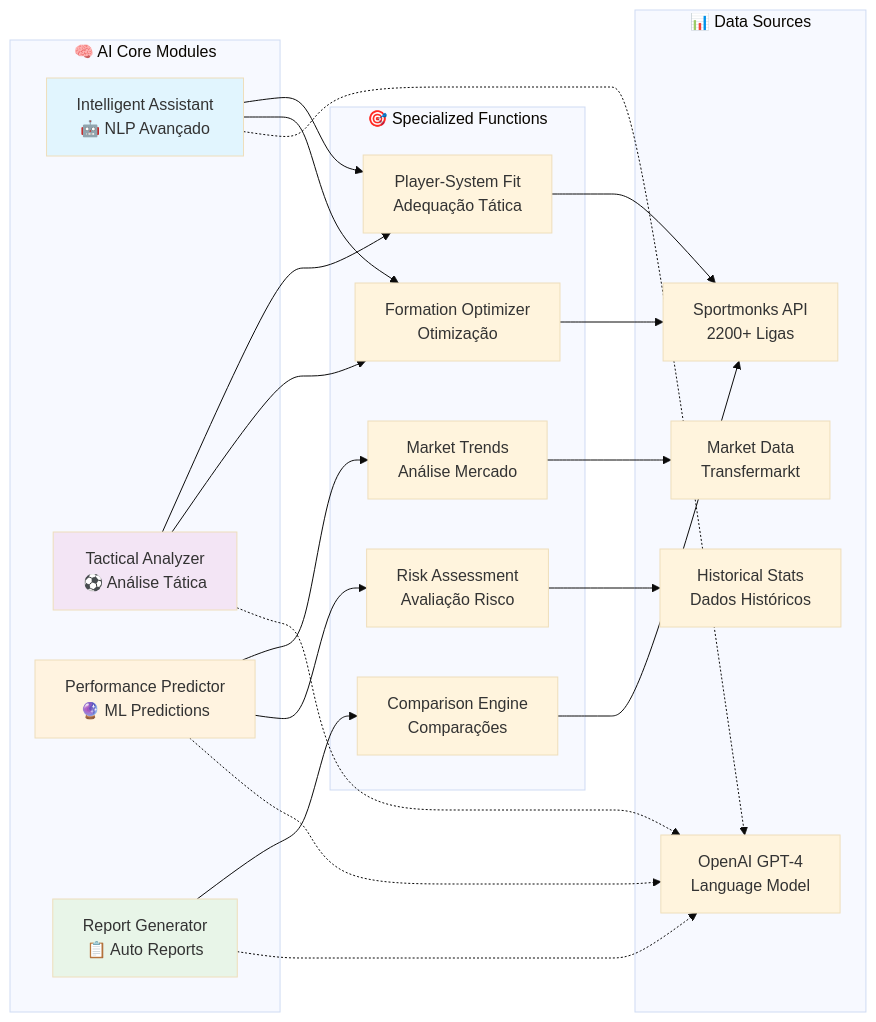
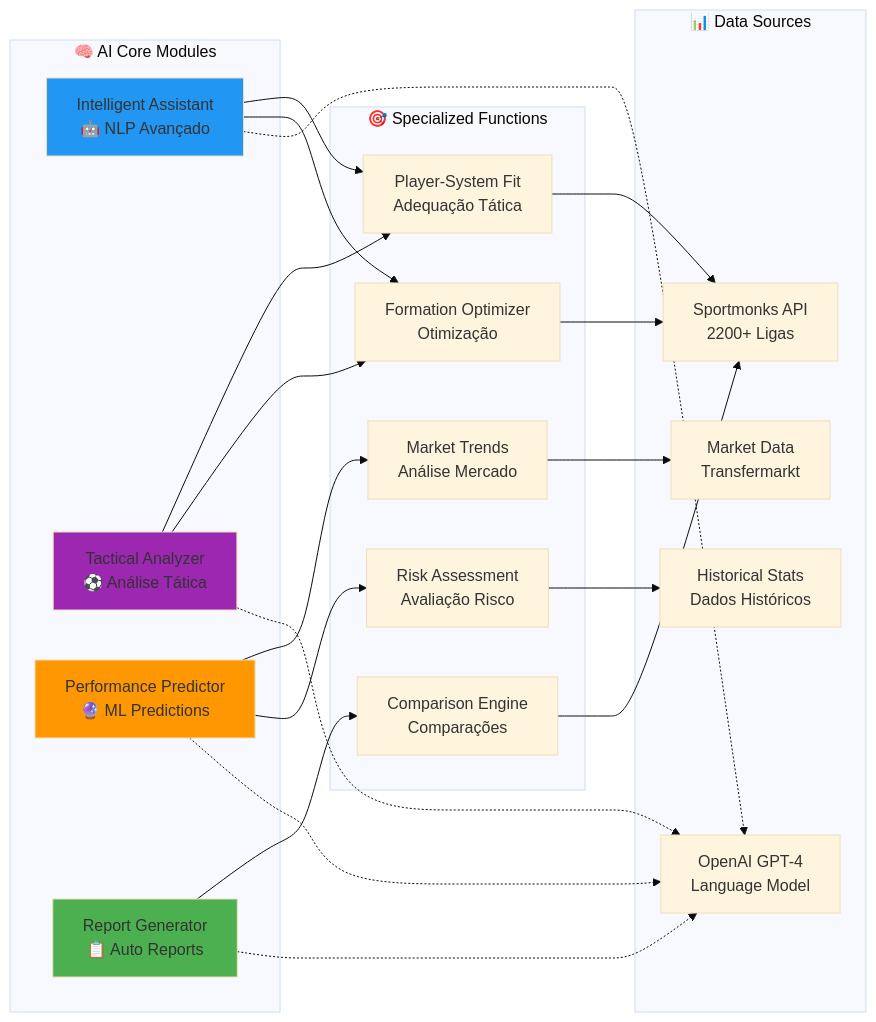
One commit to gregorizeidler/soccer_scout_AI changed the fifth of 6 diagrams in README.md. Above: the diagram before and after it, drawn with Mermaid (base theme). The commit also changed other lines of this file, not shown here.

````diff
--- a/README.md
+++ b/README.md
@@ -263,48 +263,48 @@
 ```mermaid
 graph LR
     subgraph "🧠 AI Core Modules"
         A[Intelligent Assistant<br/>🤖 NLP Avançado]
         B[Tactical Analyzer<br/>⚽ Análise Tática]
         C[Performance Predictor<br/>🔮 ML Predictions]
         D[Report Generator<br/>📋 Auto Reports]
     end
     
     subgraph "🎯 Specialized Functions"
         E[Player-System Fit<br/>Adequação Tática]
         F[Formation Optimizer<br/>Otimização]
         G[Market Trends<br/>Análise Mercado]
         H[Risk Assessment<br/>Avaliação Risco]
         I[Comparison Engine<br/>Comparações]
     end
     
     subgraph "📊 Data Sources"
         J[Sportmonks API<br/>2200+ Ligas]
         K[OpenAI GPT-4<br/>Language Model]
         L[Market Data<br/>Transfermarkt]
         M[Historical Stats<br/>Dados Históricos]
     end
     
     A --> E
     A --> F
     B --> E
     B --> F
     C --> G
     C --> H
     D --> I
     
     E --> J
     F --> J
     G --> L
     H --> M
     I --> J
     
     A -.-> K
     B -.-> K
     C -.-> K
     D -.-> K
     
-    style A fill:#e1f5fe
-    style B fill:#f3e5f5
-    style C fill:#fff3e0
-    style D fill:#e8f5e8
+    style A fill:#2196f3
+    style B fill:#9c27b0
+    style C fill:#ff9800
+    style D fill:#4caf50
 ```
````
